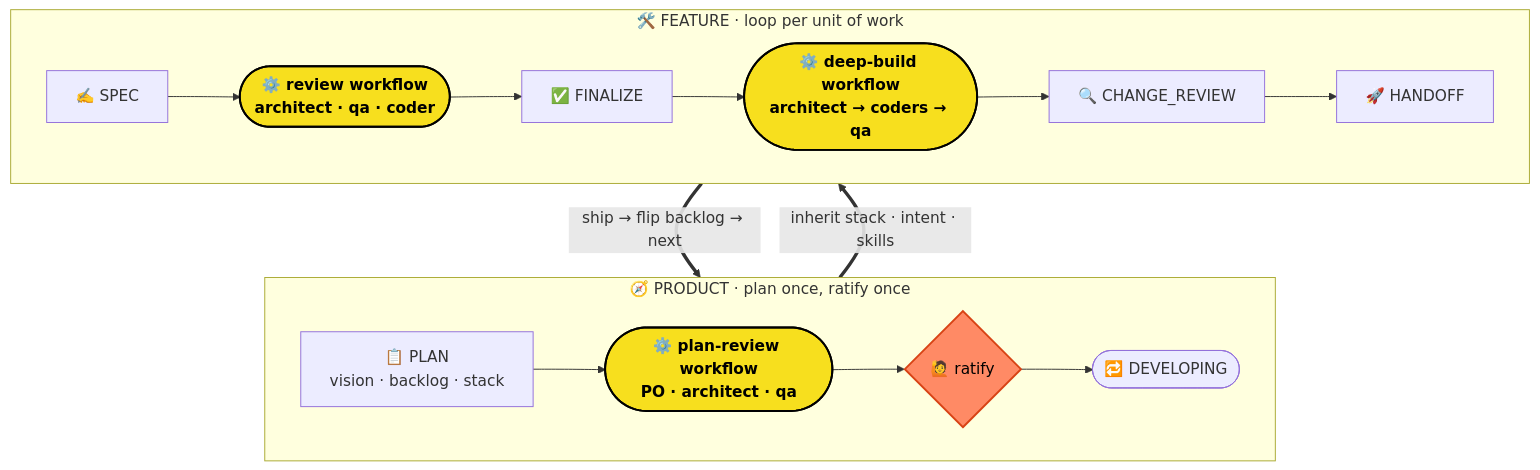
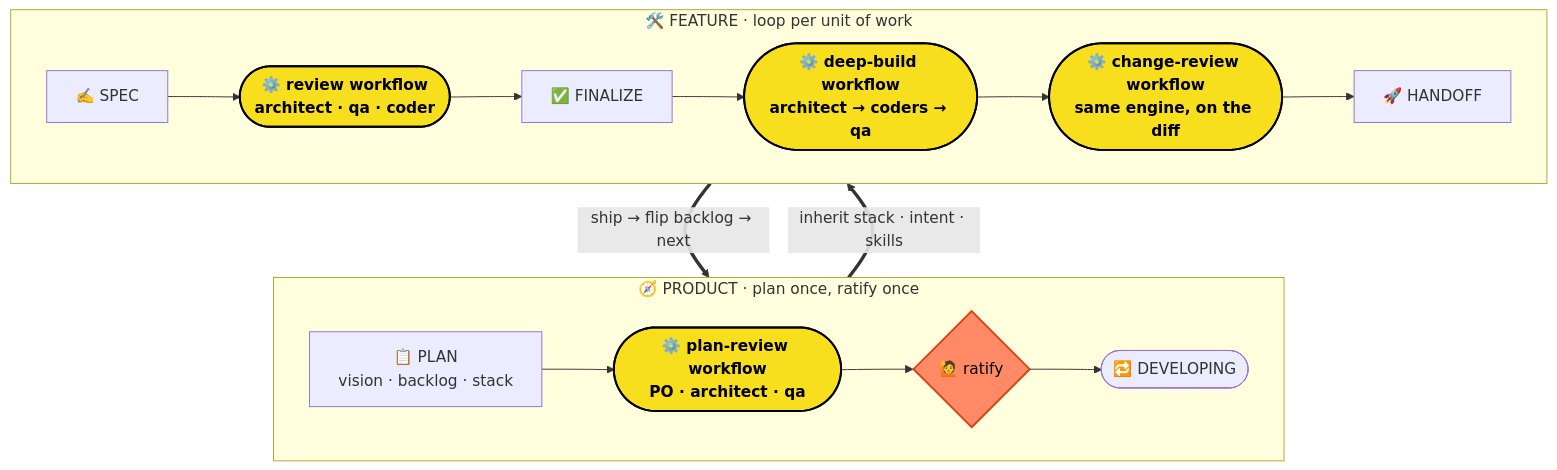
The first of 7 diagrams in README.md (rocar/sdd-fleet), drawn with Mermaid before and after one commit. The commit also changed other lines of this file and 2 other files, not shown here.

````diff
--- a/README.md
+++ b/README.md
@@ -46,18 +46,18 @@
 ```mermaid
 flowchart TB
     subgraph PT["🧭 PRODUCT · plan once, ratify once"]
         direction LR
         PLAN["📋 PLAN<br/>vision · backlog · stack"] --> PREV(["⚙️ plan-review workflow<br/>PO · architect · qa"]) --> PFIN{"🙋 ratify"} --> DEV(["🔁 DEVELOPING"])
     end
     subgraph FT["🛠️ FEATURE · loop per unit of work"]
         direction LR
-        SPEC["✍️ SPEC"] --> REVIEW(["⚙️ review workflow<br/>architect · qa · coder"]) --> FIN["✅ FINALIZE"] --> BUILD(["⚙️ deep-build workflow<br/>architect → coders → qa"]) --> CR["🔍 CHANGE_REVIEW"] --> HO["🚀 HANDOFF"]
+        SPEC["✍️ SPEC"] --> REVIEW(["⚙️ review workflow<br/>architect · qa · coder"]) --> FIN["✅ FINALIZE"] --> BUILD(["⚙️ deep-build workflow<br/>architect → coders → qa"]) --> CR(["⚙️ change-review workflow<br/>same engine, on the diff"]) --> HO["🚀 HANDOFF"]
     end
     DEV ==>|"inherit stack · intent · skills"| SPEC
     HO ==>|"ship → flip backlog → next"| DEV
 
     classDef js fill:#f7df1e,color:#000,stroke:#000,stroke-width:2px,font-weight:bold;
     classDef gate fill:#ff8a65,color:#000,stroke:#d84315,stroke-width:2px;
-    class PREV,REVIEW,BUILD js;
+    class PREV,REVIEW,BUILD,CR js;
     class PFIN gate;
 ```
````
